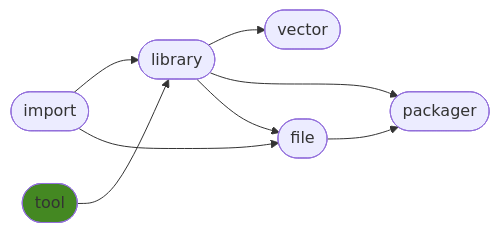
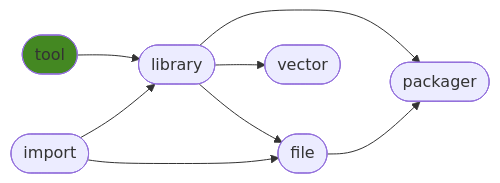
One commit to ManderaGeneral/generaltool changed the diagram in README.md. Above: the diagram before and after it, drawn with Mermaid. The commit also changed other lines of this file, not shown here.

````diff
--- a/README.md
+++ b/README.md
@@ -23,17 +23,17 @@
 ```mermaid
 flowchart LR
+2([library]) --> 4([vector])
+1([tool]) --> 2([library])
+2([library]) --> 5([packager])
 0([import]) --> 2([library])
-0([import]) --> 3([file])
-2([library]) --> 4([vector])
-2([library]) --> 5([packager])
-1([tool]) --> 2([library])
 3([file]) --> 5([packager])
 2([library]) --> 3([file])
+0([import]) --> 3([file])
 click 0 "https://github.com/ManderaGeneral/generalimport"
 click 1 "https://github.com/ManderaGeneral/generaltool"
 click 2 "https://github.com/ManderaGeneral/generallibrary"
 click 3 "https://github.com/ManderaGeneral/generalfile"
 click 4 "https://github.com/ManderaGeneral/generalvector"
 click 5 "https://github.com/ManderaGeneral/generalpackager"
 style 1 fill:#482
 ```
````
